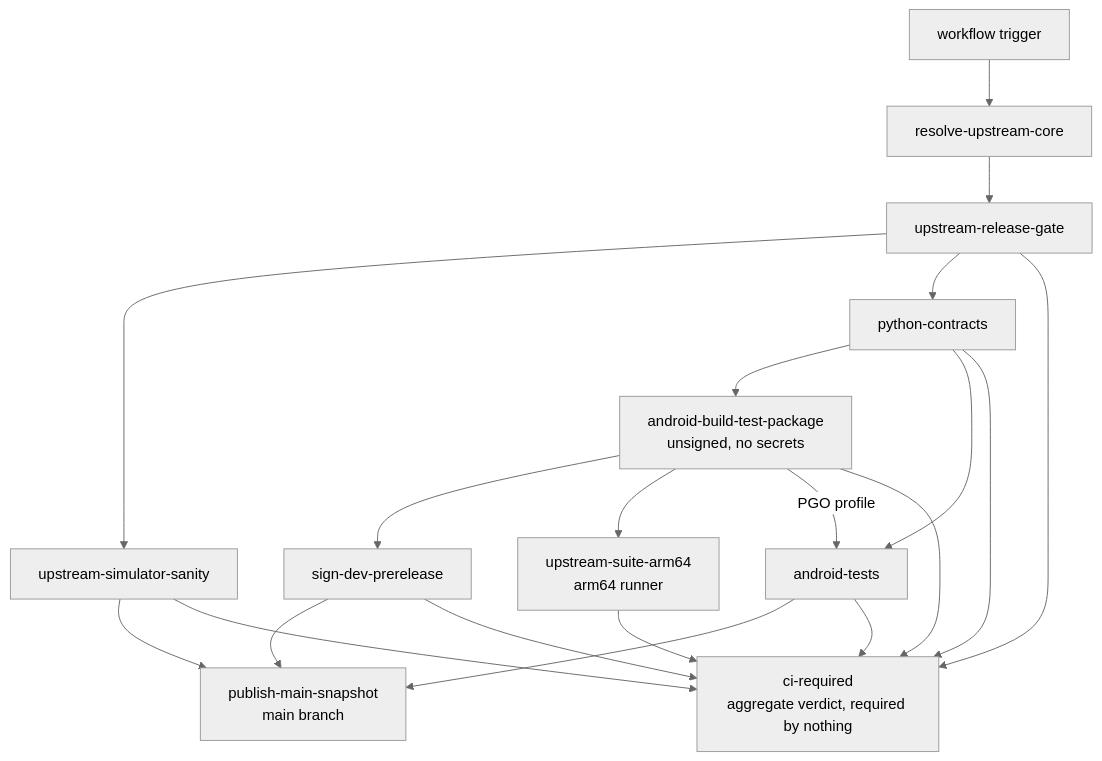
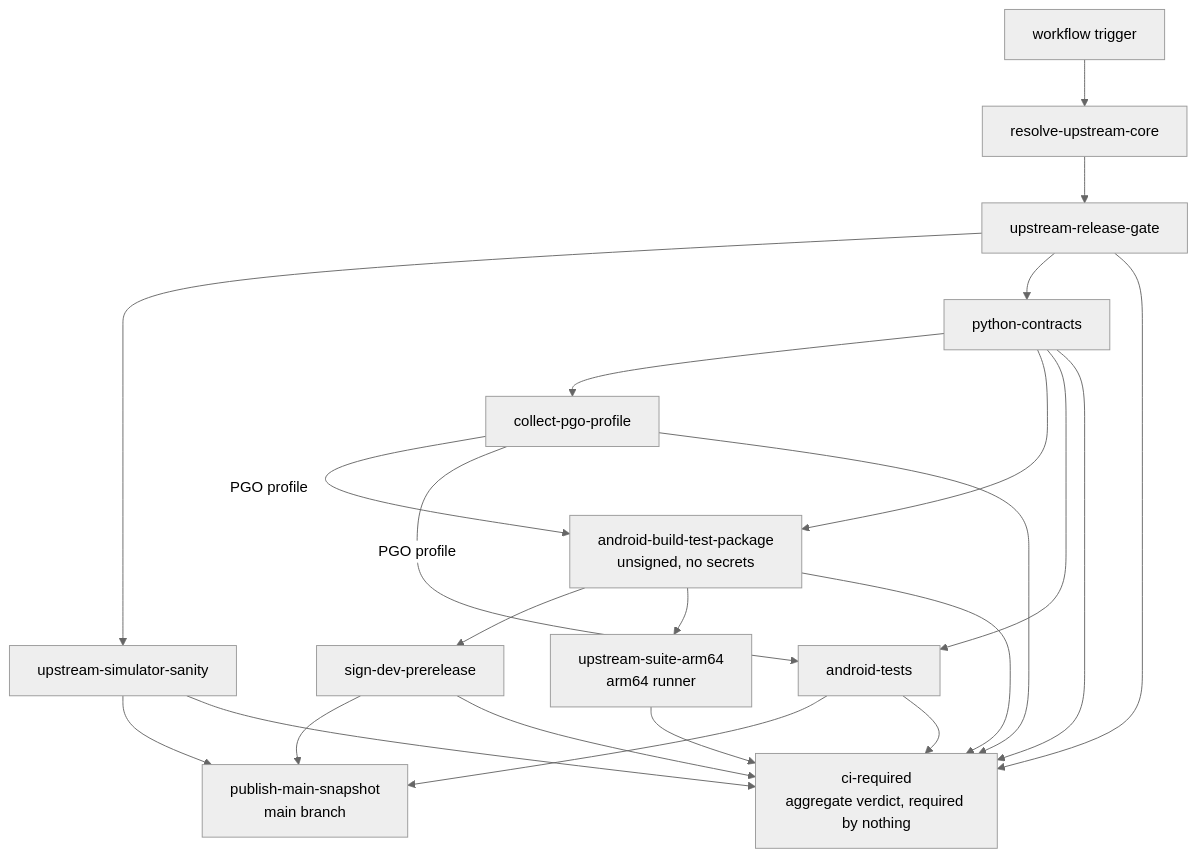
The first of 2 diagrams in android/docs/dev/07-ci-and-release-workflow.md (ppigazzini/r47zen), drawn with Mermaid (neutral theme) before and after one commit. The commit also changed other lines of this file and 8 other files, not shown here.

````diff
--- a/android/docs/dev/07-ci-and-release-workflow.md
+++ b/android/docs/dev/07-ci-and-release-workflow.md
@@ -18,33 +18,37 @@
 ```mermaid
 flowchart TD
   A[workflow trigger]
   B[resolve-upstream-core]
   C[upstream-release-gate]
   D[upstream-simulator-sanity]
   E[python-contracts]
+  P[collect-pgo-profile]
   F[android-build-test-package<br/>unsigned, no secrets]
   S[sign-dev-prerelease]
   U[upstream-suite-arm64<br/>arm64 runner]
   G[android-tests]
   H[publish-main-snapshot<br/>main branch]
   R[ci-required<br/>aggregate verdict, required by nothing]
 
   A --> B --> C
   C --> D
   C --> E
+  E --> P
   E --> F
+  E --> G
+  P -->|PGO profile| F
+  P -->|PGO profile| G
   F --> S
   F --> U
-  E --> G
-  F -->|PGO profile| G
   D --> H
   S --> H
   G --> H
   C --> R
   D --> R
   E --> R
+  P --> R
   F --> R
   S --> R
   G --> R
   U --> R
 ```
````
